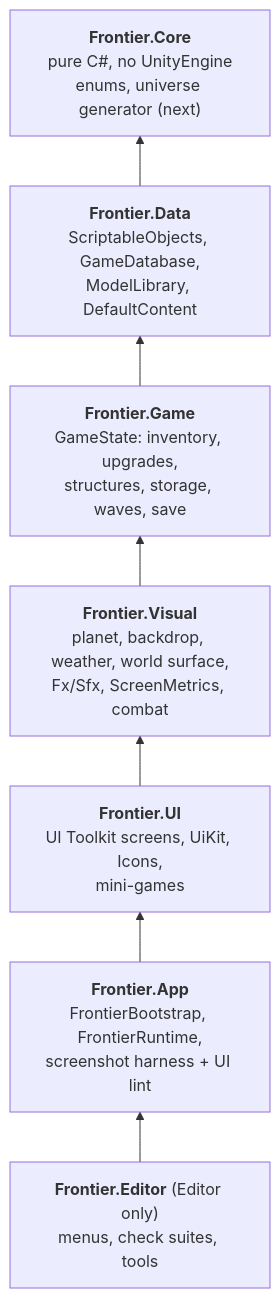
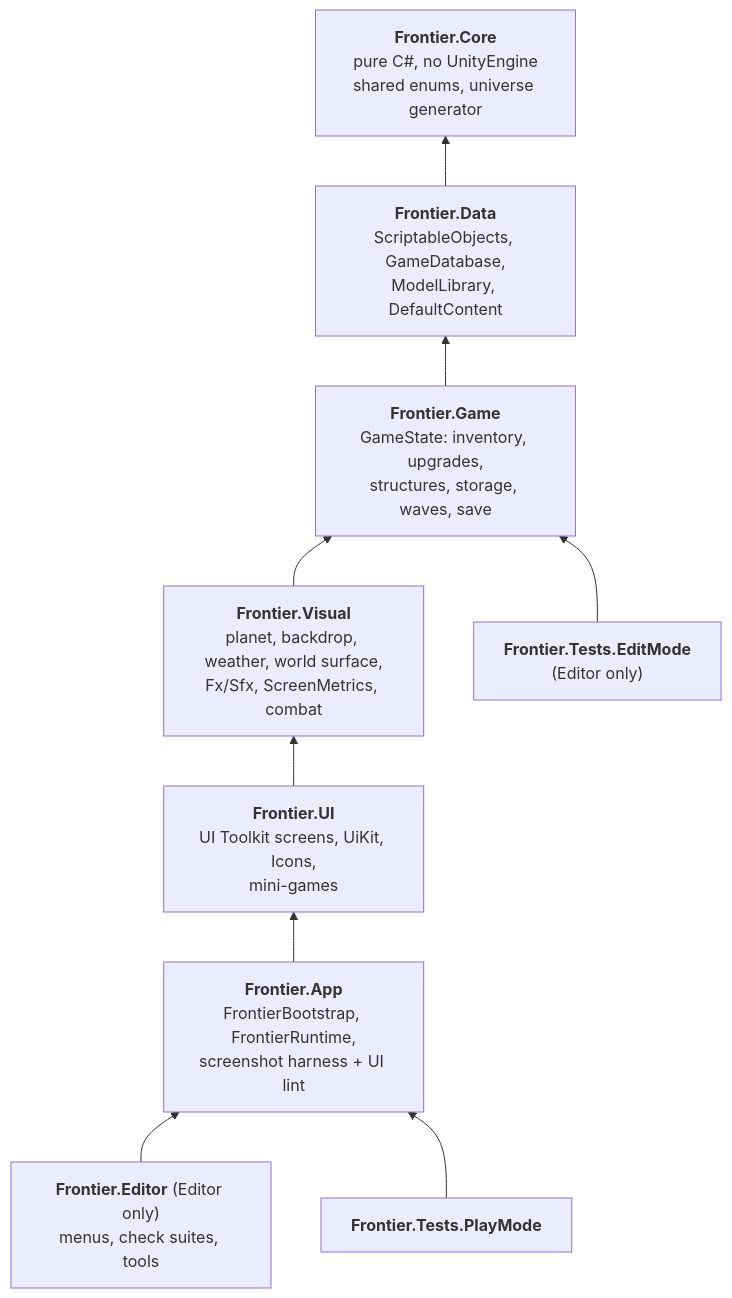
Before and after one commit to 20cameronw/spheerRepo: the diagram in docs/ARCHITECTURE.md, drawn with Mermaid. The commit also changed other lines of this file and 9 other files, not shown here.

````diff
--- a/docs/ARCHITECTURE.md
+++ b/docs/ARCHITECTURE.md
@@ -8,16 +8,20 @@
 ```mermaid
 flowchart BT
-  Core["<b>Frontier.Core</b><br/>pure C#, no UnityEngine<br/>enums, universe generator (next)"]
+  Core["<b>Frontier.Core</b><br/>pure C#, no UnityEngine<br/>shared enums, universe generator"]
   Data["<b>Frontier.Data</b><br/>ScriptableObjects, GameDatabase,<br/>ModelLibrary, DefaultContent"]
   Game["<b>Frontier.Game</b><br/>GameState: inventory, upgrades,<br/>structures, storage, waves, save"]
   Visual["<b>Frontier.Visual</b><br/>planet, backdrop, weather, world surface,<br/>Fx/Sfx, ScreenMetrics, combat"]
   UI["<b>Frontier.UI</b><br/>UI Toolkit screens, UiKit, Icons,<br/>mini-games"]
   App["<b>Frontier.App</b><br/>FrontierBootstrap, FrontierRuntime,<br/>screenshot harness + UI lint"]
   Editor["<b>Frontier.Editor</b> (Editor only)<br/>menus, check suites, tools"]
+  TE["<b>Frontier.Tests.EditMode</b><br/>(Editor only)"]
+  TP["<b>Frontier.Tests.PlayMode</b>"]
   Data --> Core
   Game --> Data
   Visual --> Game
   UI --> Visual
   App --> UI
   Editor --> App
+  TE --> Game
+  TP --> App
 ```
````
